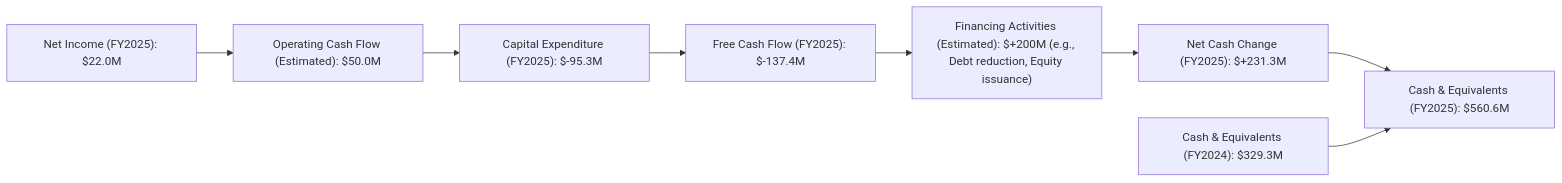
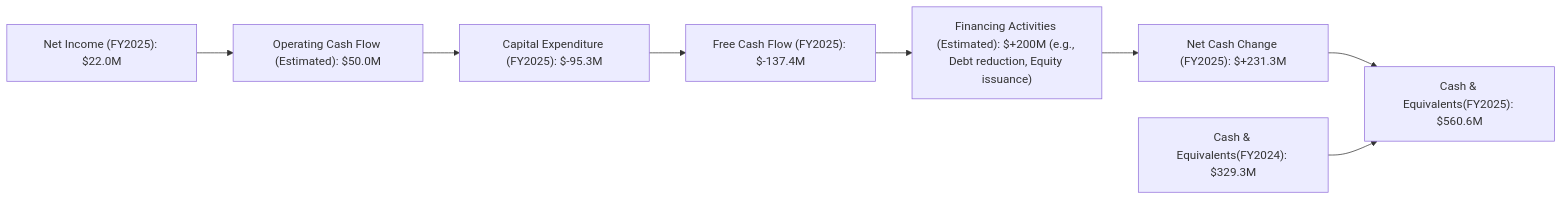
The seventh of 14 diagrams in ai_gen_report/stock/ktos/fundamental_analysis_2026-06-30_gemini.md (yennanliu/finance_data), drawn with Mermaid before and after one commit. The commit also changed 2258 other files, not shown here.

First line of the commit message:
chore: backfill Mermaid syntax repair across existing reports

````diff
--- a/ai_gen_report/stock/ktos/fundamental_analysis_2026-06-30_gemini.md
+++ b/ai_gen_report/stock/ktos/fundamental_analysis_2026-06-30_gemini.md
@@ -442,10 +442,10 @@
 ```mermaid
 graph LR
     NI["Net Income (FY2025): $22.0M"] --> OCF_Est["Operating Cash Flow (Estimated): $50.0M"]
     OCF_Est --> CapEx["Capital Expenditure (FY2025): $-95.3M"]
     CapEx --> FCF["Free Cash Flow (FY2025): $-137.4M"]
     FCF --> FinancingActivities["Financing Activities (Estimated): $+200M (e.g., Debt reduction, Equity issuance)"]
     FinancingActivities --> NetCashChange["Net Cash Change (FY2025): $+231.3M"]
-    NetCashChange --> CashEnd["Cash & Equivalents (FY2025): $560.6M"]
-    CashStart["Cash & Equivalents (FY2024): $329.3M"] --> CashEnd
+    NetCashChange --> CashEnd["Cash & Equivalents(FY2025): $560.6M"]
+    CashStart["Cash & Equivalents(FY2024): $329.3M"] --> CashEnd
 ```
````
